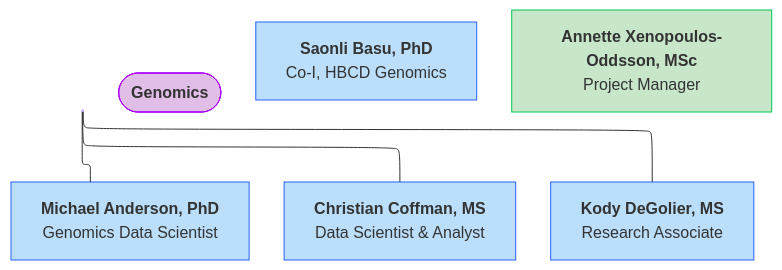
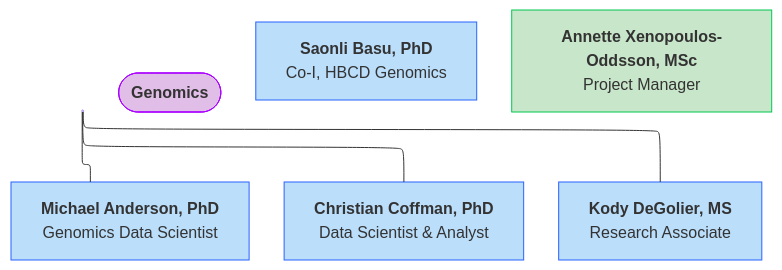
Before and after one commit to DCAN-Labs/hbcd-docs-internal: the diagram in docs/orgcharts/mermaid/midb-analytics.mmd, drawn with Mermaid. The commit also changed 2 other files, not shown here.

```diff
--- a/docs/orgcharts/mermaid/midb-analytics.mmd
+++ b/docs/orgcharts/mermaid/midb-analytics.mmd
@@ -1,23 +1,23 @@
 ---
 config:
   layout: elk
 ---
 flowchart TB
-    n3["<b>Genomics</b>"] --- G["<span><b>Michael Anderson, PhD</b><br>Genomics Data Scientist<br></span>"] & n5["<span><b>Christian Coffman, MS</b><br>Data Scientist &amp; Analyst</span>"] & n6["<span><b>Kody DeGolier, MS<br></b>Research Associate</span>"]
+    n3["<b>Genomics</b>"] --- G["<span><b>Michael Anderson, PhD</b><br>Genomics Data Scientist<br></span>"] & n5["<span><b>Christian Coffman, PhD</b><br>Data Scientist &amp; Analyst</span>"] & n6["<span><b>Kody DeGolier, MS<br></b>Research Associate</span>"]
     n7(["<b>Genomics</b>"]) --> G
     E["<span><b>Saonli Basu, PhD</b><br>Co-I, HBCD Genomics</span>"]
     n4["<span><b>Annette Xenopoulos-Oddsson, MSc</b><br>Project Manager</span>"]
     n3@{ shape: anchor}
     G@{ shape: rect}
     n5@{ shape: rect}
     n6@{ shape: rect}
     E@{ shape: rect}
     n4@{ shape: rect}
     style n3 fill:#E1BEE7,stroke:#AA00FF
     style G fill:#BBDEFB,stroke:#2962FF
     style n5 fill:#BBDEFB,stroke:#2962FF
     style n6 fill:#BBDEFB,stroke:#2962FF
     style n7 fill:#E1BEE7,stroke:#AA00FF
     style E fill:#BBDEFB,stroke:#2962FF
     style n4 fill:#C8E6C9,stroke:#00C853
-    linkStyle 3 stroke:none
+    linkStyle 3 stroke:none,fill:none
```
